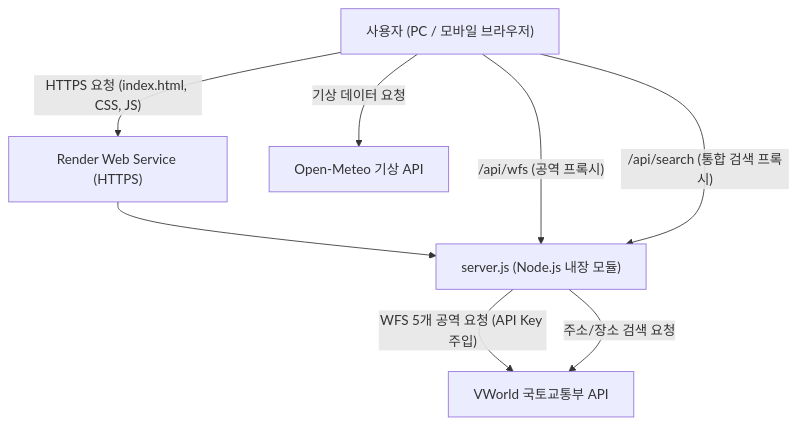
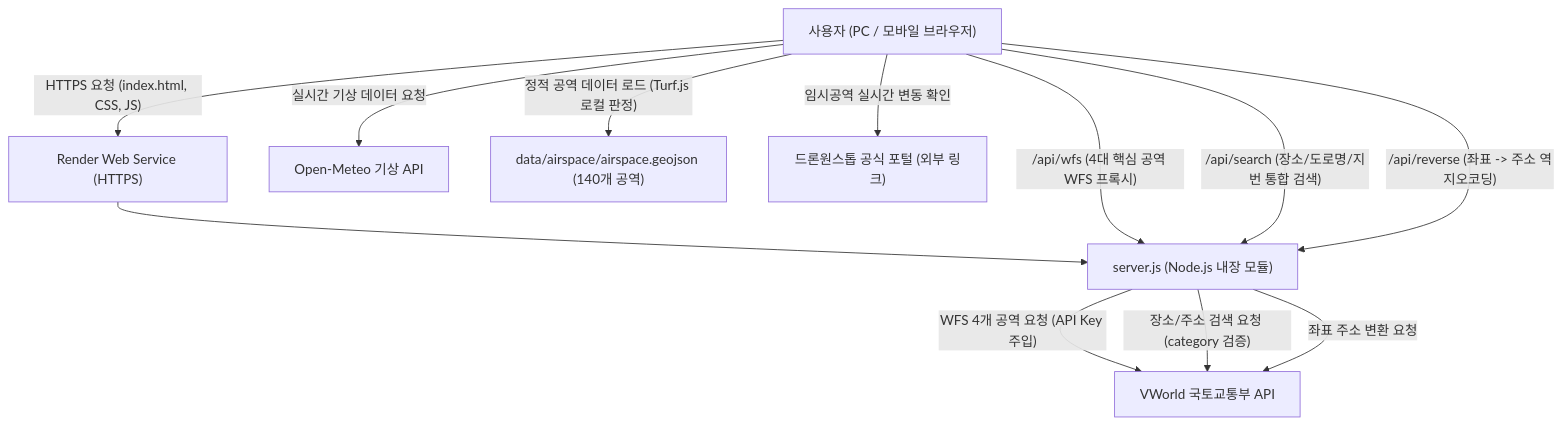
The diagram in PROJECT_MASTER.md (mino05214-sudo/drone-safety-check), drawn with Mermaid before and after one commit. The commit also changed other lines of this file and 4 other files, not shown here.

````diff
--- a/PROJECT_MASTER.md
+++ b/PROJECT_MASTER.md
@@ -21,16 +21,22 @@
 ```mermaid
 flowchart TD
     User["사용자 (PC / 모바일 브라우저)"]
     Cloud["Render Web Service (HTTPS)"]
     Server["server.js (Node.js 내장 모듈)"]
     VWorld["VWorld 국토교통부 API"]
     OpenMeteo["Open-Meteo 기상 API"]
+    StaticData["data/airspace/airspace.geojson (140개 공역)"]
+    DrOneStop["드론원스톱 공식 포털 (외부 링크)"]
 
     User -->|"HTTPS 요청 (index.html, CSS, JS)"| Cloud
     Cloud --> Server
-    User -->|"기상 데이터 요청"| OpenMeteo
-    User -->|"/api/wfs (공역 프록시)"| Server
-    User -->|"/api/search (통합 검색 프록시)"| Server
-    Server -->|"WFS 5개 공역 요청 (API Key 주입)"| VWorld
-    Server -->|"주소/장소 검색 요청"| VWorld
+    User -->|"정적 공역 데이터 로드 (Turf.js 로컬 판정)"| StaticData
+    User -->|"실시간 기상 데이터 요청"| OpenMeteo
+    User -->|"/api/wfs (4대 핵심 공역 WFS 프록시)"| Server
+    User -->|"/api/search (장소/도로명/지번 통합 검색)"| Server
+    User -->|"/api/reverse (좌표 -> 주소 역지오코딩)"| Server
+    User -->|"임시공역 실시간 변동 확인"| DrOneStop
+    Server -->|"WFS 4개 공역 요청 (API Key 주입)"| VWorld
+    Server -->|"장소/주소 검색 요청 (category 검증)"| VWorld
+    Server -->|"좌표 주소 변환 요청"| VWorld
 ```
````
